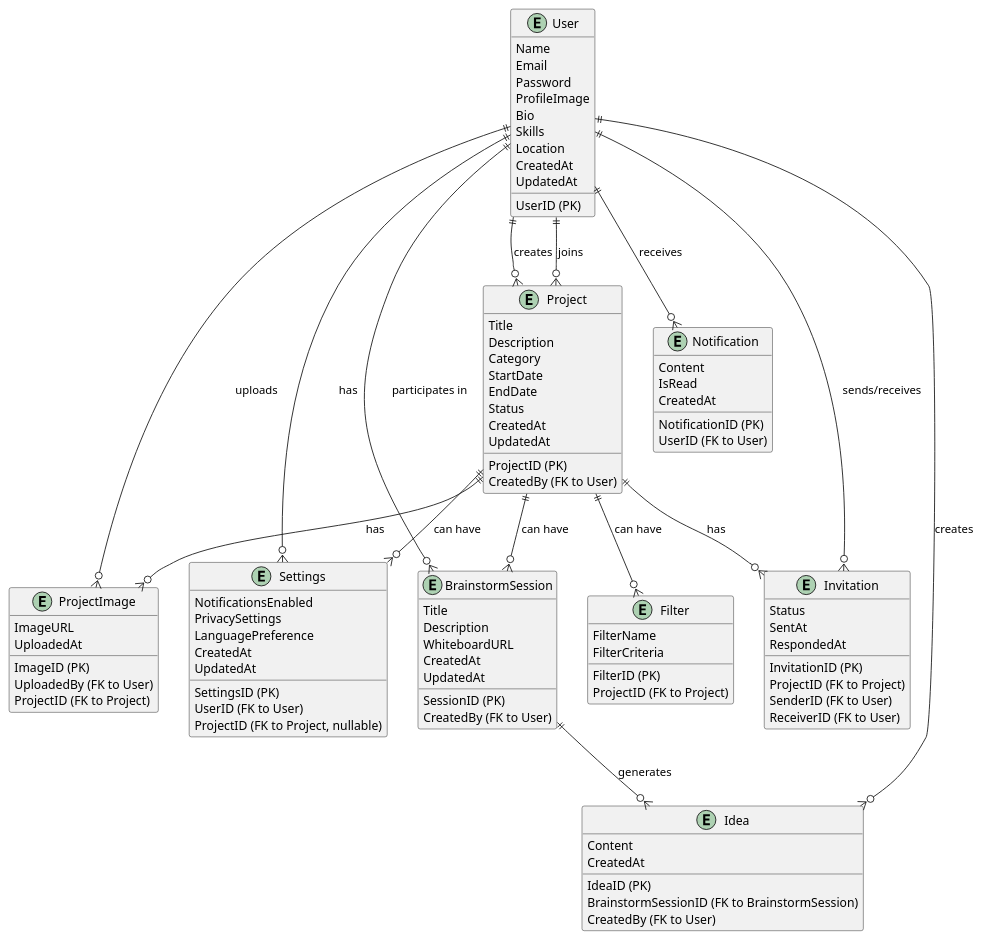
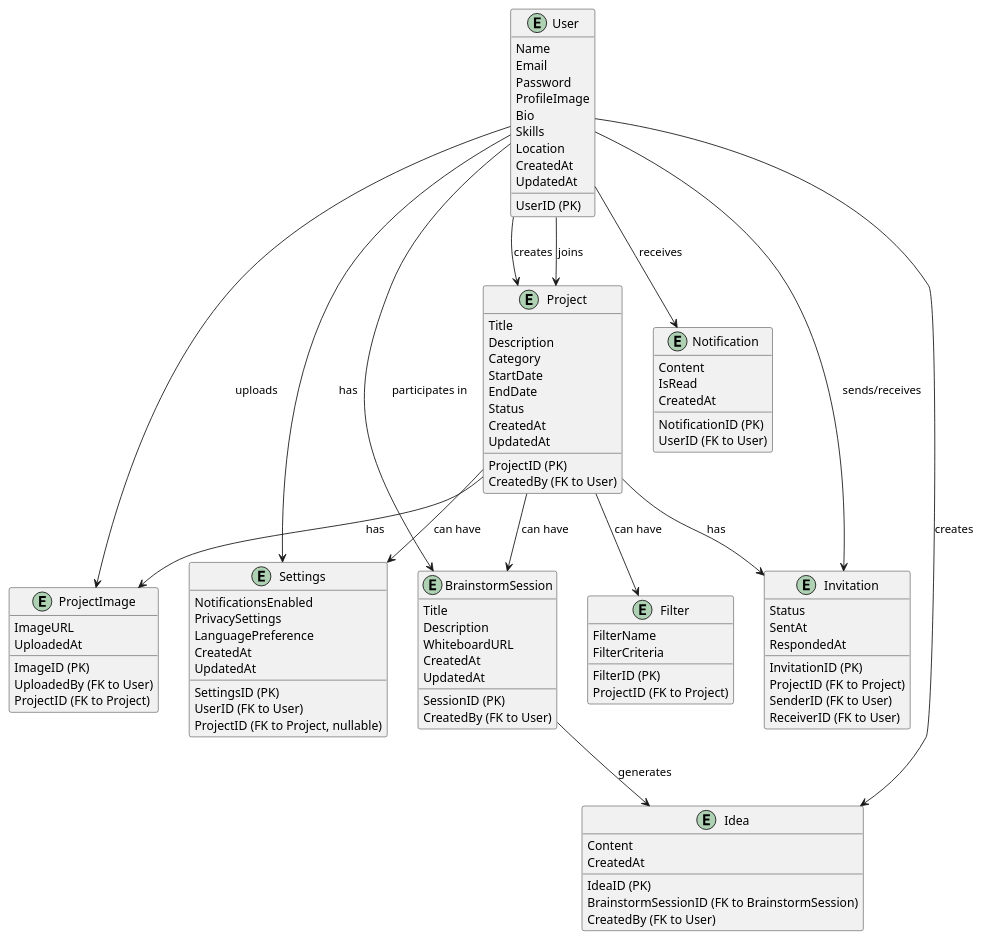
Before and after one commit to th-koeln-team-finder/p1-vision-concept: the diagram in ERDiagramm.puml, drawn with PlantUML.

Commit message:
Update ERDiagramm.puml
different design for arrows

```diff
--- a/ERDiagramm.puml
+++ b/ERDiagramm.puml
@@ -1,110 +1,110 @@
 @startuml ERDiagramm
 
 ' Define entities and their attributes
 entity User {
   UserID (PK)
   Name
   Email
   Password
   ProfileImage
   Bio
   Skills
   Location
   CreatedAt
   UpdatedAt
 }
 
 entity Project {
   ProjectID (PK)
   Title
   Description
   Category
   StartDate
   EndDate
   Status
   CreatedBy (FK to User)
   CreatedAt
   UpdatedAt
 }
 
 entity ProjectImage {
   ImageID (PK)
   ImageURL
   UploadedBy (FK to User)
   ProjectID (FK to Project)
   UploadedAt
 }
 
 entity Invitation {
   InvitationID (PK)
   ProjectID (FK to Project)
   SenderID (FK to User)
   ReceiverID (FK to User)
   Status
   SentAt
   RespondedAt
 }
 
 entity BrainstormSession {
   SessionID (PK)
   Title
   Description
   WhiteboardURL
   CreatedBy (FK to User)
   CreatedAt
   UpdatedAt
 }
 
 entity Filter {
   FilterID (PK)
   FilterName
   FilterCriteria
   ProjectID (FK to Project)
 }
 
 entity Notification {
   NotificationID (PK)
   UserID (FK to User)
   Content
   IsRead
   CreatedAt
 }
 
 entity Settings {
   SettingsID (PK)
   UserID (FK to User)
   ProjectID (FK to Project, nullable)
   NotificationsEnabled
   PrivacySettings
   LanguagePreference
   CreatedAt
   UpdatedAt
 }
 
 entity Idea {
   IdeaID (PK)
   BrainstormSessionID (FK to BrainstormSession)
   Content
   CreatedBy (FK to User)
   CreatedAt
 }
 
 ' Define relationships between entities
-User ||--o{ Project : "creates"
-User ||--o{ Project : "joins"
-User ||--o{ BrainstormSession : "participates in"
-User ||--o{ Notification : "receives"
-User ||--o{ Invitation : "sends/receives"
-User ||--o{ ProjectImage : "uploads"
-User ||--o{ Settings : "has"
-User ||--o{ Idea : "creates"
+User --> Project : "creates"
+User --> Project : "joins"
+User --> BrainstormSession : "participates in"
+User --> Notification : "receives"
+User --> Invitation : "sends/receives"
+User --> ProjectImage : "uploads"
+User --> Settings : "has"
+User --> Idea : "creates"
 
-Project ||--o{ ProjectImage : "has"
-Project ||--o{ Invitation : "has"
-Project ||--o{ BrainstormSession : "can have"
-Project ||--o{ Filter : "can have"
-Project ||--o{ Settings : "can have"
+Project --> ProjectImage : "has"
+Project --> Invitation : "has"
+Project --> BrainstormSession : "can have"
+Project --> Filter : "can have"
+Project --> Settings : "can have"
 
-BrainstormSession ||--o{ Idea : "generates"
+BrainstormSession --> Idea : "generates"
 
 @enduml
```
